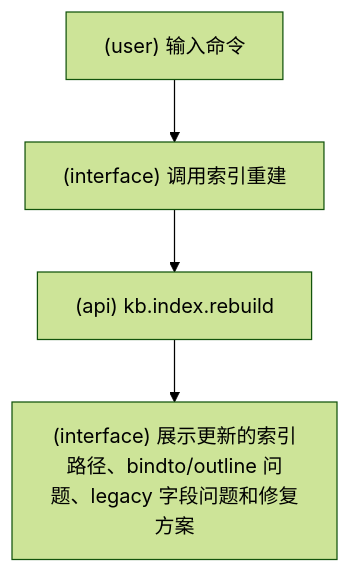
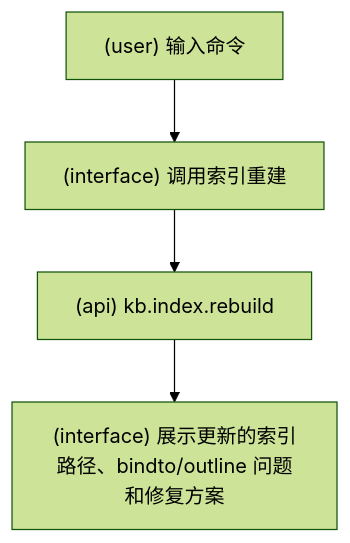
Before and after one commit to srangerme/KBManager: the second of 16 diagrams in docs/SlashCommand流程图.md, drawn with Mermaid (forest theme). The commit also changed other lines of this file and 33 other files, not shown here.

````diff
--- a/docs/SlashCommand流程图.md
+++ b/docs/SlashCommand流程图.md
@@ -61,6 +61,6 @@
 ```mermaid
 flowchart TD
   A["(user) 输入命令"] --> B["(interface) 调用索引重建"]
   B --> C["(api) kb.index.rebuild"]
-  C --> D["(interface) 展示更新的索引路径、bindto/outline 问题、legacy 字段问题和修复方案"]
+  C --> D["(interface) 展示更新的索引路径、bindto/outline 问题和修复方案"]
 ```
````
